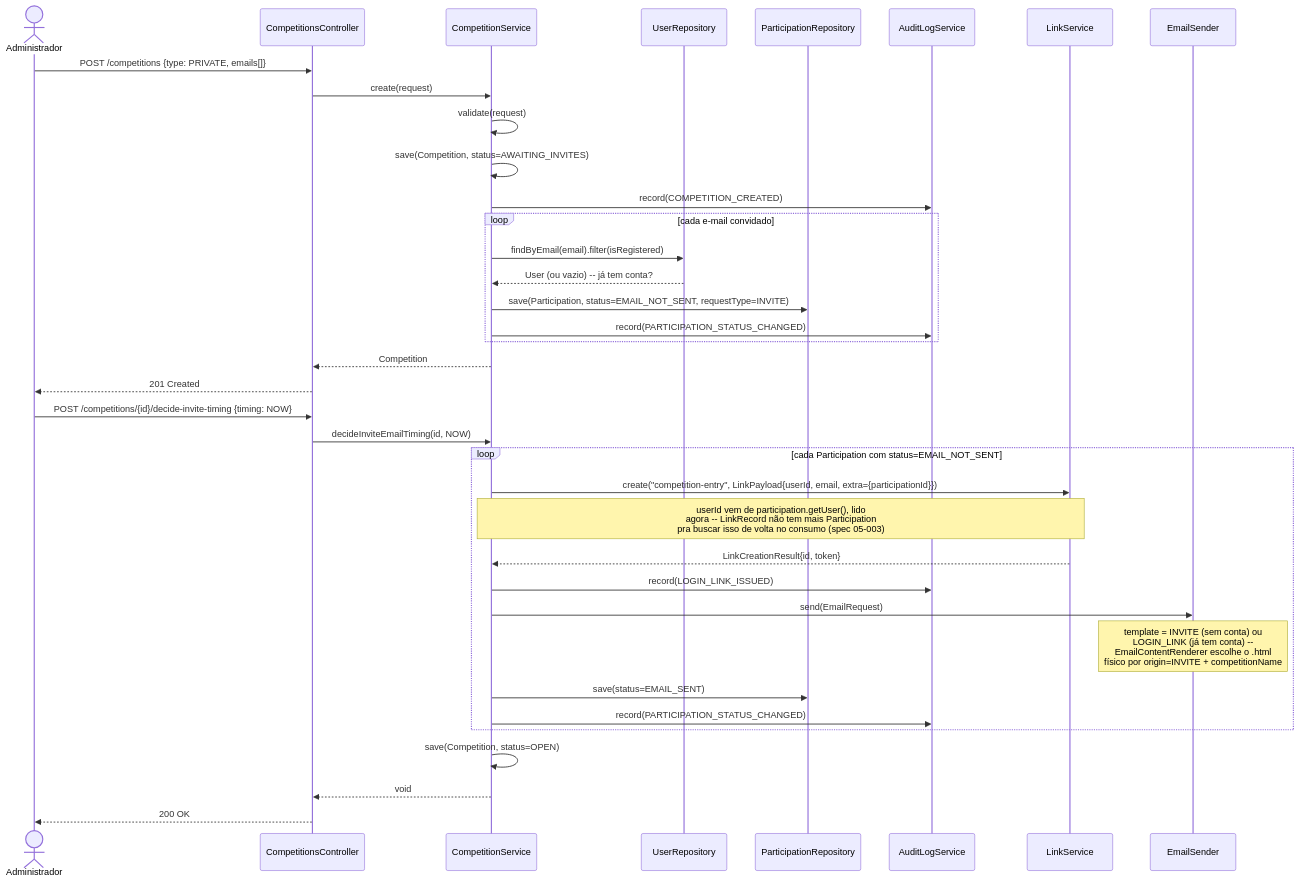
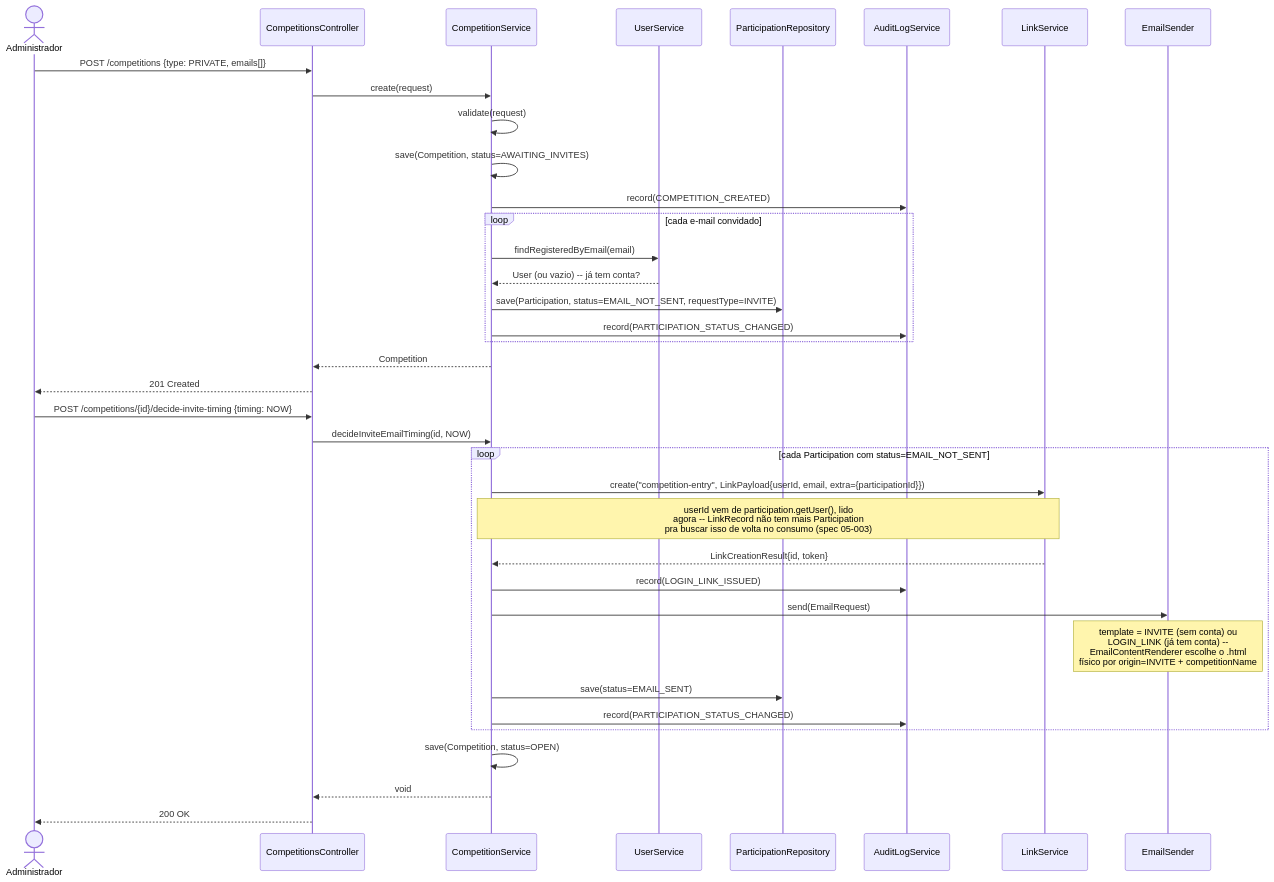
One commit to lalgarve/jogo-acoes changed the sixth of 10 diagrams in docs/diagrams/sequencia.md. Above: the diagram before and after it, drawn with Mermaid. The commit also changed other lines of this file and 2 other files, not shown here.

First line of the commit message:
docs: update module diagrams and spec 05-029 after implementation

````diff
--- a/docs/diagrams/sequencia.md
+++ b/docs/diagrams/sequencia.md
@@ -230,41 +229,41 @@
 ```mermaid
 sequenceDiagram
     actor A as Administrador
     participant CC as CompetitionsController
     participant CS as CompetitionService
-    participant UR as UserRepository
+    participant US as UserService
     participant PR as ParticipationRepository
     participant AL as AuditLogService
     participant LiS as LinkService
     participant ES as EmailSender
 
     A->>CC: POST /competitions {type: PRIVATE, emails[]}
     CC->>CS: create(request)
     CS->>CS: validate(request)
     CS->>CS: save(Competition, status=AWAITING_INVITES)
     CS->>AL: record(COMPETITION_CREATED)
     loop cada e-mail convidado
-        CS->>UR: findByEmail(email).filter(isRegistered)
-        UR-->>CS: User (ou vazio) -- já tem conta?
+        CS->>US: findRegisteredByEmail(email)
+        US-->>CS: User (ou vazio) -- já tem conta?
         CS->>PR: save(Participation, status=EMAIL_NOT_SENT, requestType=INVITE)
         CS->>AL: record(PARTICIPATION_STATUS_CHANGED)
     end
     CS-->>CC: Competition
     CC-->>A: 201 Created
 
     A->>CC: POST /competitions/{id}/decide-invite-timing {timing: NOW}
     CC->>CS: decideInviteEmailTiming(id, NOW)
     loop cada Participation com status=EMAIL_NOT_SENT
         CS->>LiS: create("competition-entry", LinkPayload{userId, email, extra={participationId}})
         Note over CS,LiS: userId vem de participation.getUser(), lido<br/>agora -- LinkRecord não tem mais Participation<br/>pra buscar isso de volta no consumo (spec 05-003)
         LiS-->>CS: LinkCreationResult{id, token}
         CS->>AL: record(LOGIN_LINK_ISSUED)
         CS->>ES: send(EmailRequest)
         Note over ES: template = INVITE (sem conta) ou<br/>LOGIN_LINK (já tem conta) --<br/>EmailContentRenderer escolhe o .html<br/>físico por origin=INVITE + competitionName
         CS->>PR: save(status=EMAIL_SENT)
         CS->>AL: record(PARTICIPATION_STATUS_CHANGED)
     end
     CS->>CS: save(Competition, status=OPEN)
     CS-->>CC: void
     CC-->>A: 200 OK
 ```
````
